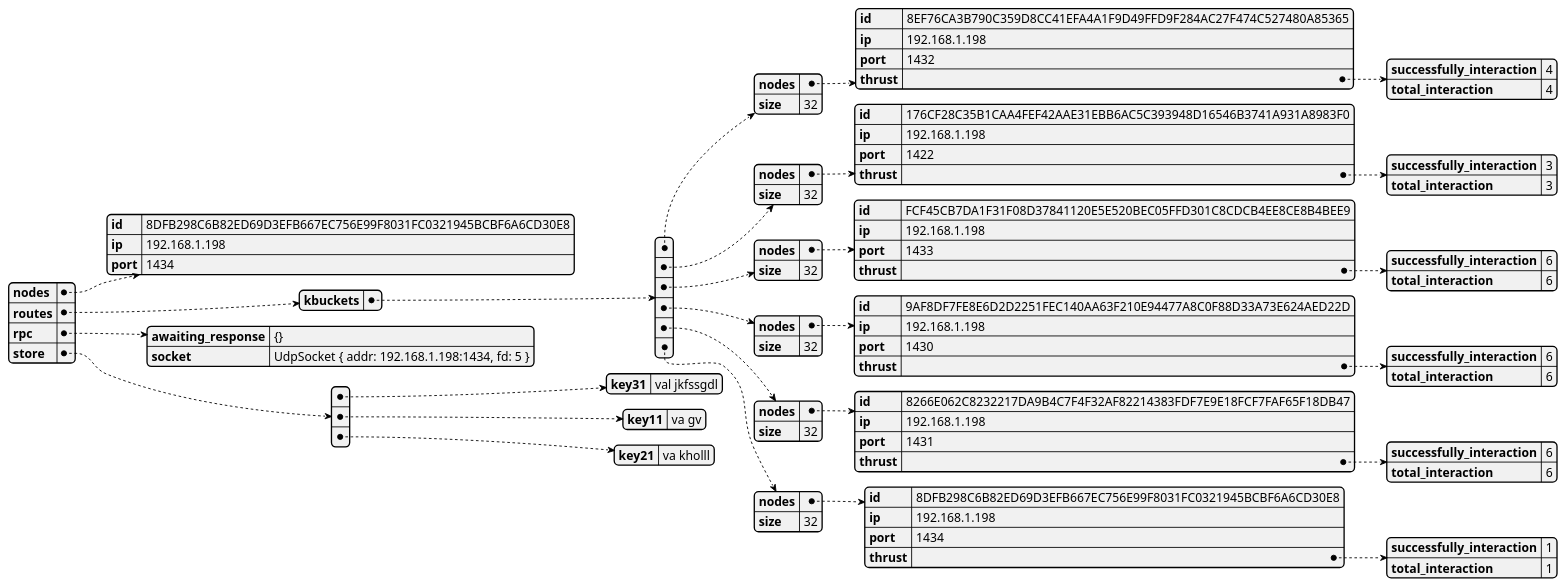
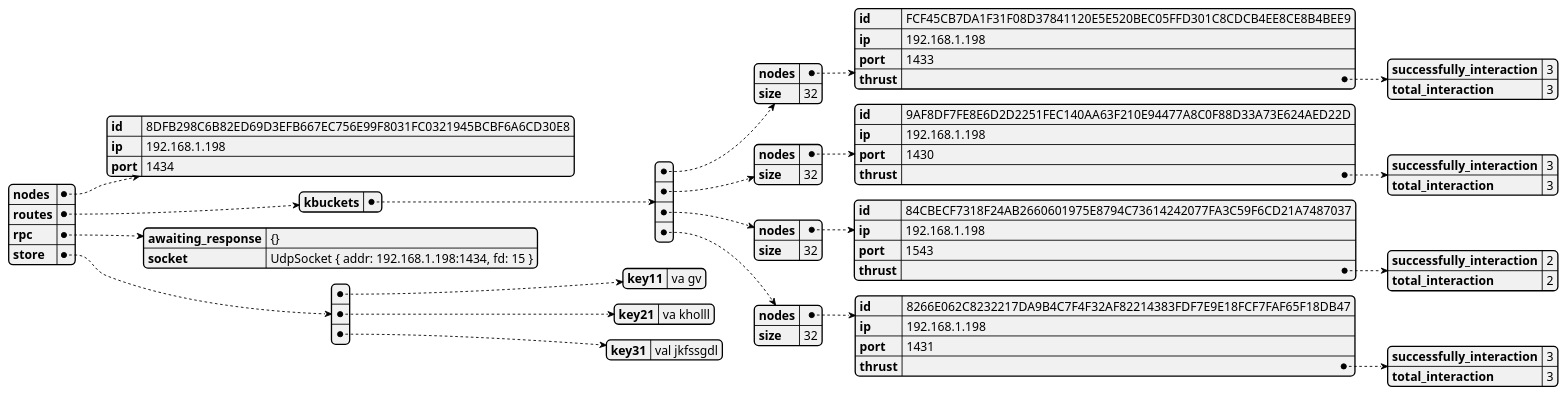
One commit to GoliathHagar/distributed_legder_kademlia changed the diagram in src/distributed_legder/state_dumps/test-contact-4.json.plantuml. Above: the diagram before and after it, drawn with PlantUML. The commit also changed 23 other files, not shown here.

```diff
--- a/src/distributed_legder/state_dumps/test-contact-4.json.plantuml
+++ b/src/distributed_legder/state_dumps/test-contact-4.json.plantuml
@@ -1,3 +1,3 @@
 @startjson
-{"nodes":{"id":"8DFB298C6B82ED69D3EFB667EC756E99F8031FC0321945BCBF6A6CD30E8","ip":"192.168.1.198","port":1434},"routes":{"kbuckets":[{"nodes":{"id":"8EF76CA3B790C359D8CC41EFA4A1F9D49FFD9F284AC27F474C527480A85365","ip":"192.168.1.198","port":1432,"thrust":{"successfully_interaction":4,"total_interaction":4}},"size":32},{"nodes":{"id":"176CF28C35B1CAA4FEF42AAE31EBB6AC5C393948D16546B3741A931A8983F0","ip":"192.168.1.198","port":1422,"thrust":{"successfully_interaction":3,"total_interaction":3}},"size":32},{"nodes":{"id":"FCF45CB7DA1F31F08D37841120E5E520BEC05FFD301C8CDCB4EE8CE8B4BEE9","ip":"192.168.1.198","port":1433,"thrust":{"successfully_interaction":6,"total_interaction":6}},"size":32},{"nodes":{"id":"9AF8DF7FE8E6D2D2251FEC140AA63F210E94477A8C0F88D33A73E624AED22D","ip":"192.168.1.198","port":1430,"thrust":{"successfully_interaction":6,"total_interaction":6}},"size":32},{"nodes":{"id":"8266E062C8232217DA9B4C7F4F32AF82214383FDF7E9E18FCF7FAF65F18DB47","ip":"192.168.1.198","port":1431,"thrust":{"successfully_interaction":6,"total_interaction":6}},"size":32},{"nodes":{"id":"8DFB298C6B82ED69D3EFB667EC756E99F8031FC0321945BCBF6A6CD30E8","ip":"192.168.1.198","port":1434,"thrust":{"successfully_interaction":1,"total_interaction":1}},"size":32}]},"rpc":{"awaiting_response":"{}","socket":"UdpSocket { addr: 192.168.1.198:1434, fd: 5 }"},"store":[{"key31":"val jkfssgdl"},{"key11":"va gv"},{"key21":"va kholll"}]}
+{"nodes":{"id":"8DFB298C6B82ED69D3EFB667EC756E99F8031FC0321945BCBF6A6CD30E8","ip":"192.168.1.198","port":1434},"routes":{"kbuckets":[{"nodes":{"id":"FCF45CB7DA1F31F08D37841120E5E520BEC05FFD301C8CDCB4EE8CE8B4BEE9","ip":"192.168.1.198","port":1433,"thrust":{"successfully_interaction":3,"total_interaction":3}},"size":32},{"nodes":{"id":"9AF8DF7FE8E6D2D2251FEC140AA63F210E94477A8C0F88D33A73E624AED22D","ip":"192.168.1.198","port":1430,"thrust":{"successfully_interaction":3,"total_interaction":3}},"size":32},{"nodes":{"id":"84CBECF7318F24AB2660601975E8794C73614242077FA3C59F6CD21A7487037","ip":"192.168.1.198","port":1543,"thrust":{"successfully_interaction":2,"total_interaction":2}},"size":32},{"nodes":{"id":"8266E062C8232217DA9B4C7F4F32AF82214383FDF7E9E18FCF7FAF65F18DB47","ip":"192.168.1.198","port":1431,"thrust":{"successfully_interaction":3,"total_interaction":3}},"size":32}]},"rpc":{"awaiting_response":"{}","socket":"UdpSocket { addr: 192.168.1.198:1434, fd: 15 }"},"store":[{"key11":"va gv"},{"key21":"va kholll"},{"key31":"val jkfssgdl"}]}
 @endjson
```
